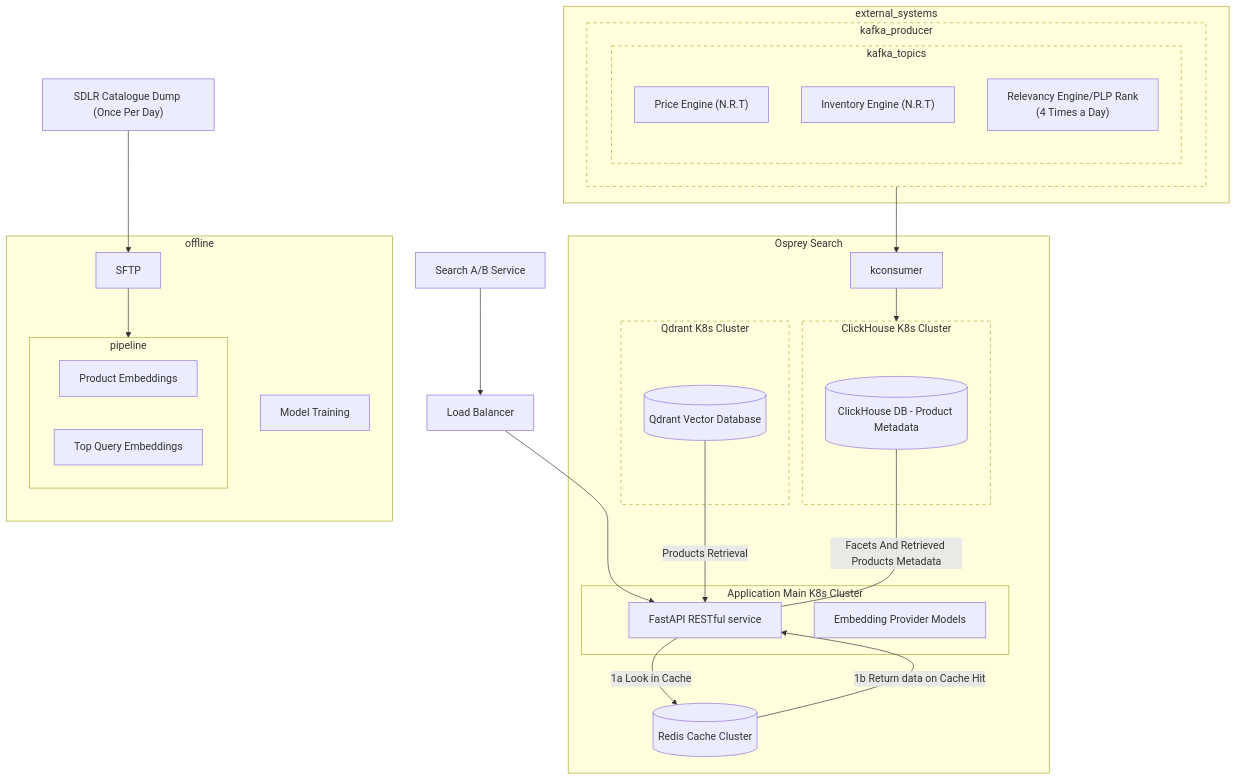
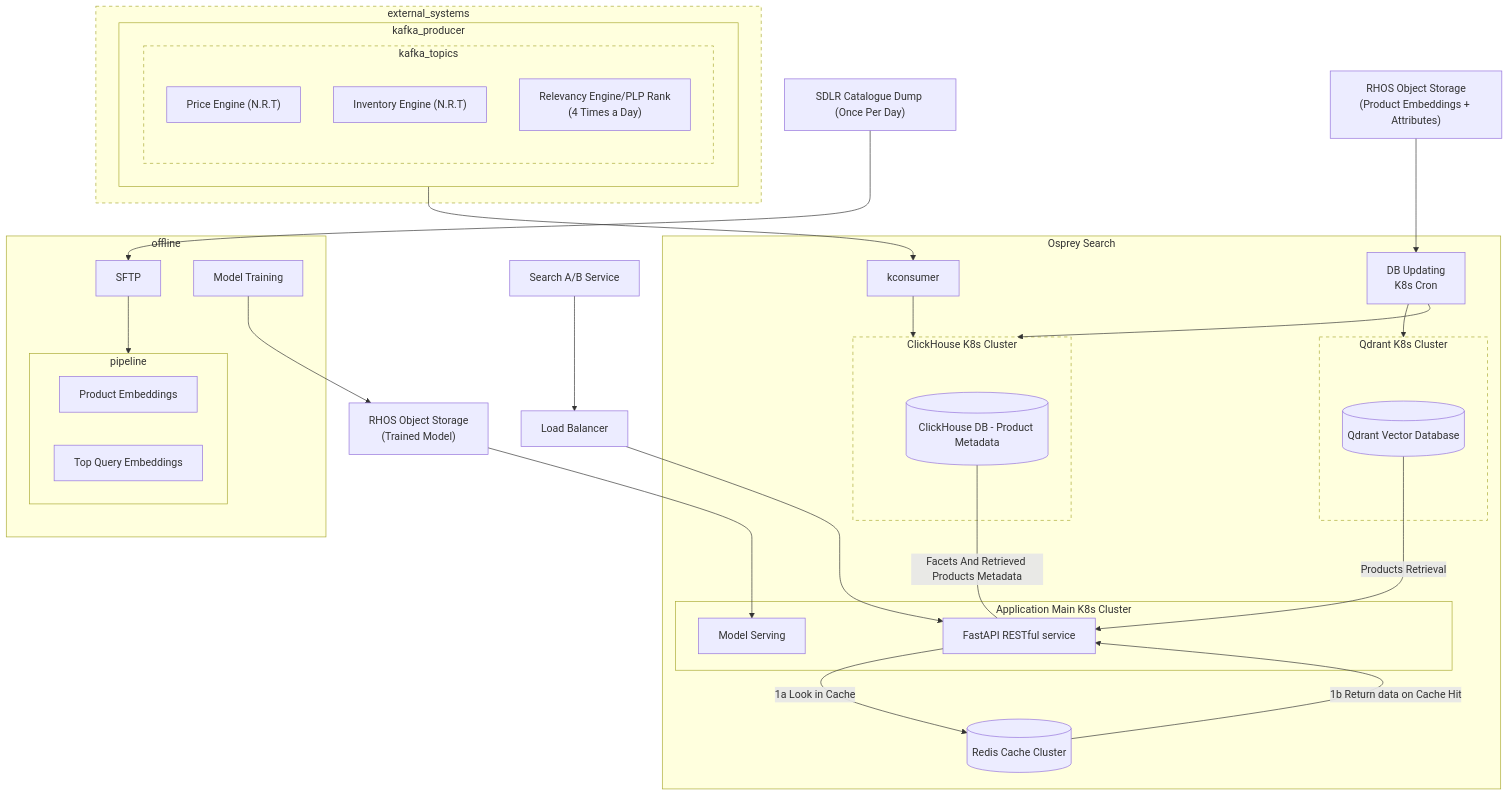
The diagram in osprey_search_ARCHITECTURE.md (caiferris/qtact), drawn with Mermaid before and after one commit.

Commit message:
Updated osprey doc

````diff
--- a/osprey_search_ARCHITECTURE.md
+++ b/osprey_search_ARCHITECTURE.md
@@ -44,65 +44,76 @@
 ```mermaid
 graph 
   query["Search A/B Service"]
   load_balancer["Load Balancer"]
   api_server["FastAPI RESTful service"]
-  embedding_model["Embedding Provider Models"]
+  model_serving["Model Serving"]
   redis[(Redis Cache Cluster)]
   qdrant_vdb[(Qdrant Vector Database)]
   clickhouse_cdb[(ClickHouse DB - Product Metadata)]
   external_systems["External Systems"]
   kafka_producer["Kafka Producer"]
   kafka_topics[Kafka Topics]
   kafka_topic1["Price Engine (N.R.T)"]
   kafka_topic2["Inventory Engine (N.R.T)"]
   kafka_topic3["Relevancy Engine/PLP Rank\n (4 Times a Day)"]
   offline[Offline Processing]
   pipeline[Pipeline to Generate]
   product_embedding[Product Embeddings]
   top_qembedding[Top Query Embeddings]
   sftp[SFTP]
   model_training[Model Training]
   sdlr_cdump["SDLR Catalogue Dump (Once Per Day)"]
+  rhos_obj_str_pea["`RHOS Object Storage
+(Product Embeddings + Attributes)`"]
+  rhos_obj_str_tm["`RHOS Object Storage
+(Trained Model)`"]
+  cron["`DB Updating
+K8s Cron`"]
 
   query --> load_balancer --> api_server
 subgraph parent_subgraph["Osprey Search"]
   api_server -- 1a Look in Cache --> redis
   redis -- 1b Return data on Cache Hit --> api_server
   subgraph sub_graph_group1["Application Main K8s Cluster"]
     style sub_graph_group1 stroke: 5, 5
     api_server
-    embedding_model
+    model_serving
   end
   subgraph qdrant_cluster["Qdrant K8s Cluster"]
     style qdrant_cluster stroke-dasharray: 5, 5
     qdrant_vdb -- Products Retrieval --> api_server
   end
   subgraph clickhouse_cluster["ClickHouse K8s Cluster"]
     style clickhouse_cluster stroke-dasharray: 5, 5
     clickhouse_cdb -- Facets And Retrieved Products Metadata --- api_server
   end
   kconsumer --> clickhouse_cluster
+  cron --> qdrant_cluster
+  cron --> clickhouse_cluster
 end
 subgraph external_systems
-  style external_systems stroke: 5, 5
+  style external_systems stroke-dasharray: 5, 5
   subgraph kafka_producer
-    style kafka_producer stroke-dasharray: 5, 5
+    style kafka_producer stroke: 5, 5
     subgraph kafka_topics
       style kafka_topics stroke-dasharray: 5, 5
       kafka_topic1
       kafka_topic2
       kafka_topic3
     end
   end
 end
 kafka_producer --> kconsumer
 subgraph offline
   subgraph pipeline
     product_embedding
     top_qembedding
   end
   sftp --> pipeline
   model_training
 end
 sdlr_cdump --> sftp
+rhos_obj_str_pea --> cron
+model_training --> rhos_obj_str_tm
+rhos_obj_str_tm --> model_serving
 ```
````
